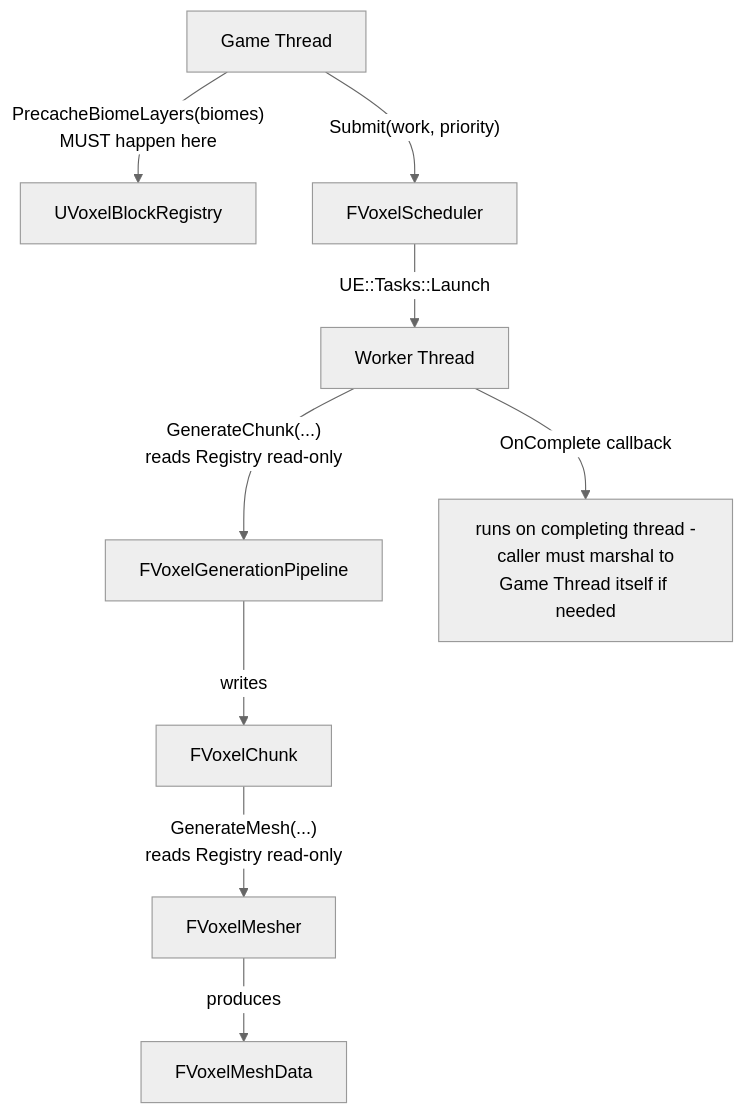
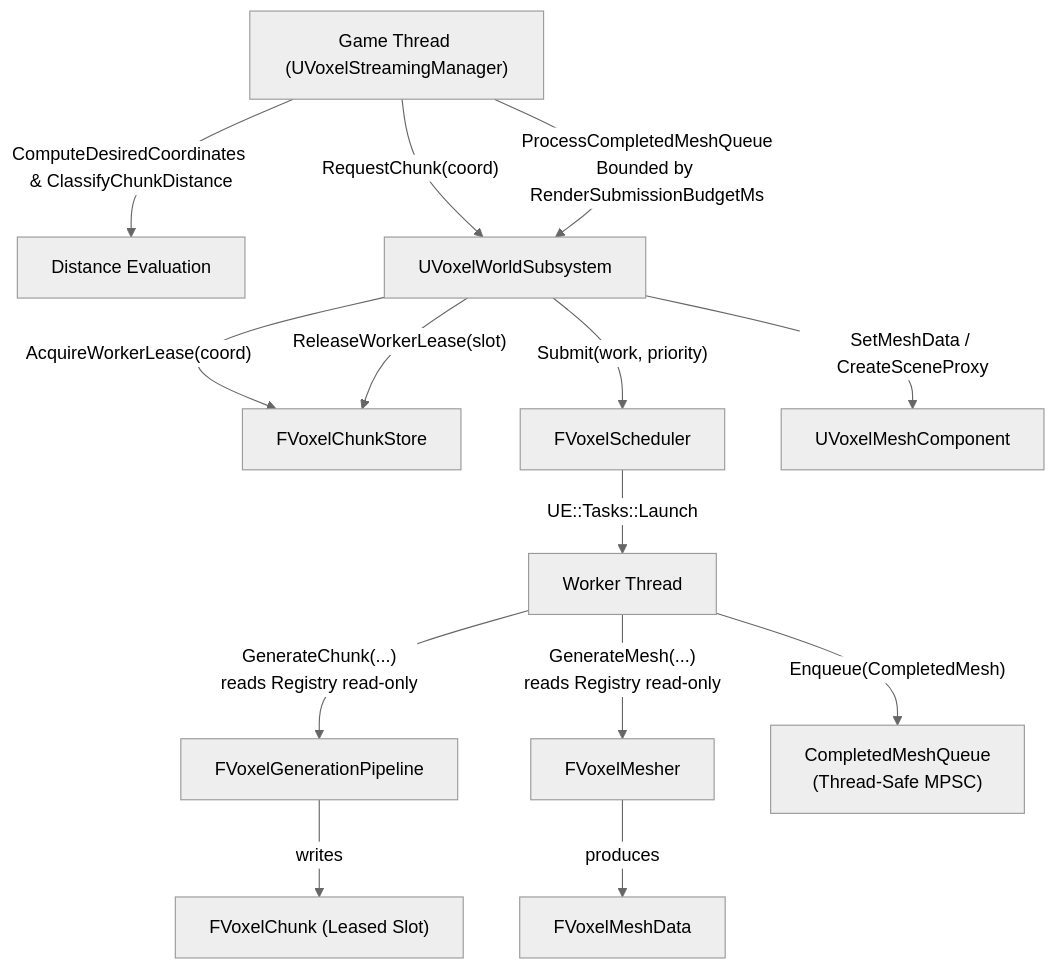
The second of 2 diagrams in Docs/ARCHITECTURE.md (Jaiminsinh-Dodiya/VoxelFramework-UE5), drawn with Mermaid (neutral theme) before and after one commit. The commit also changed other lines of this file, not shown here.

Commit message:
Docs: document Phase 6.1-6.3 architectural invariants and mobile performance budgets

````diff
--- a/Docs/ARCHITECTURE.md
+++ b/Docs/ARCHITECTURE.md
@@ -142,11 +142,16 @@
 ```mermaid
 graph TD
-    GT["Game Thread"] -->|"PrecacheBiomeLayers(biomes)<br/>MUST happen here"| Registry["UVoxelBlockRegistry"]
-    GT -->|"Submit(work, priority)"| Scheduler["FVoxelScheduler"]
+    GT["Game Thread (UVoxelStreamingManager)"] -->|"ComputeDesiredCoordinates & ClassifyChunkDistance"| DistCheck["Distance Evaluation"]
+    GT -->|"RequestChunk(coord)"| Subsystem["UVoxelWorldSubsystem"]
+    Subsystem -->|"AcquireWorkerLease(coord)"| Store["FVoxelChunkStore"]
+    Subsystem -->|"Submit(work, priority)"| Scheduler["FVoxelScheduler"]
     Scheduler -->|"UE::Tasks::Launch"| Worker["Worker Thread"]
     Worker -->|"GenerateChunk(...)<br/>reads Registry read-only"| Pipeline["FVoxelGenerationPipeline"]
-    Pipeline -->|"writes"| Chunk["FVoxelChunk"]
-    Chunk -->|"GenerateMesh(...)<br/>reads Registry read-only"| Mesher["FVoxelMesher"]
+    Pipeline -->|"writes"| Chunk["FVoxelChunk (Leased Slot)"]
+    Worker -->|"GenerateMesh(...)<br/>reads Registry read-only"| Mesher["FVoxelMesher"]
     Mesher -->|"produces"| MeshData["FVoxelMeshData"]
-    Worker -->|"OnComplete callback"| Callback["runs on completing thread -<br/>caller must marshal to<br/>Game Thread itself if needed"]
+    Worker -->|"Enqueue(CompletedMesh)"| MPSC["CompletedMeshQueue<br/>(Thread-Safe MPSC)"]
+    GT -->|"ProcessCompletedMeshQueue<br/>Bounded by RenderSubmissionBudgetMs"| Subsystem
+    Subsystem -->|"SetMeshData / CreateSceneProxy"| Comp["UVoxelMeshComponent"]
+    Subsystem -->|"ReleaseWorkerLease(slot)"| Store
 ```
````
